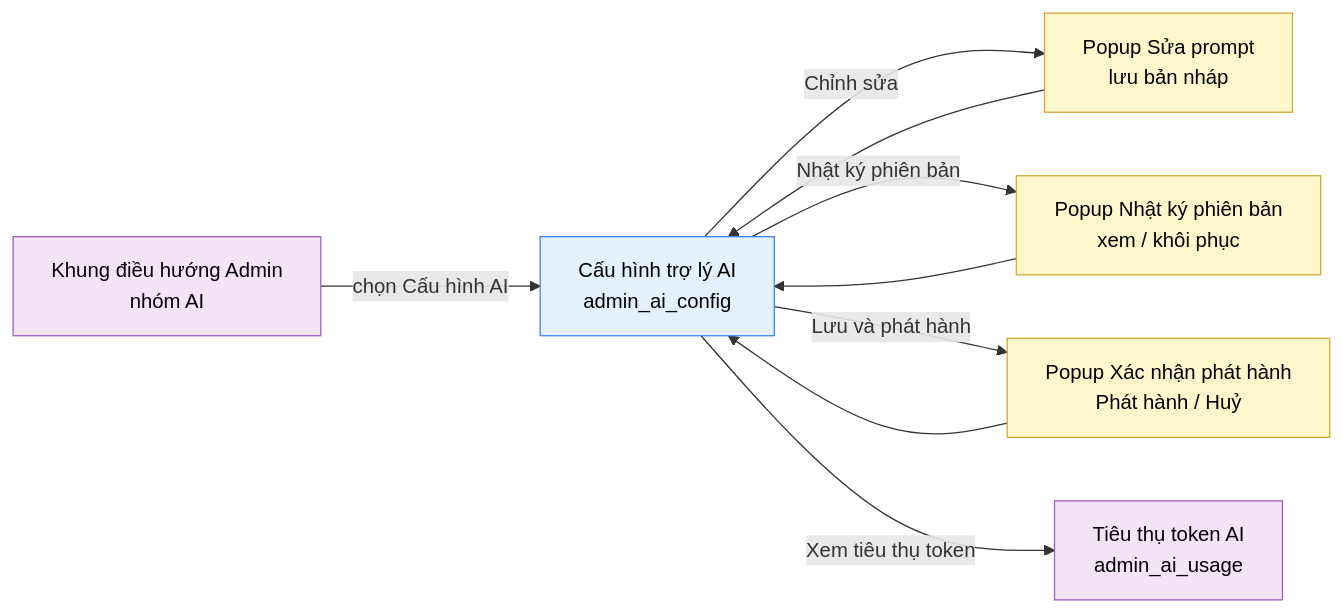
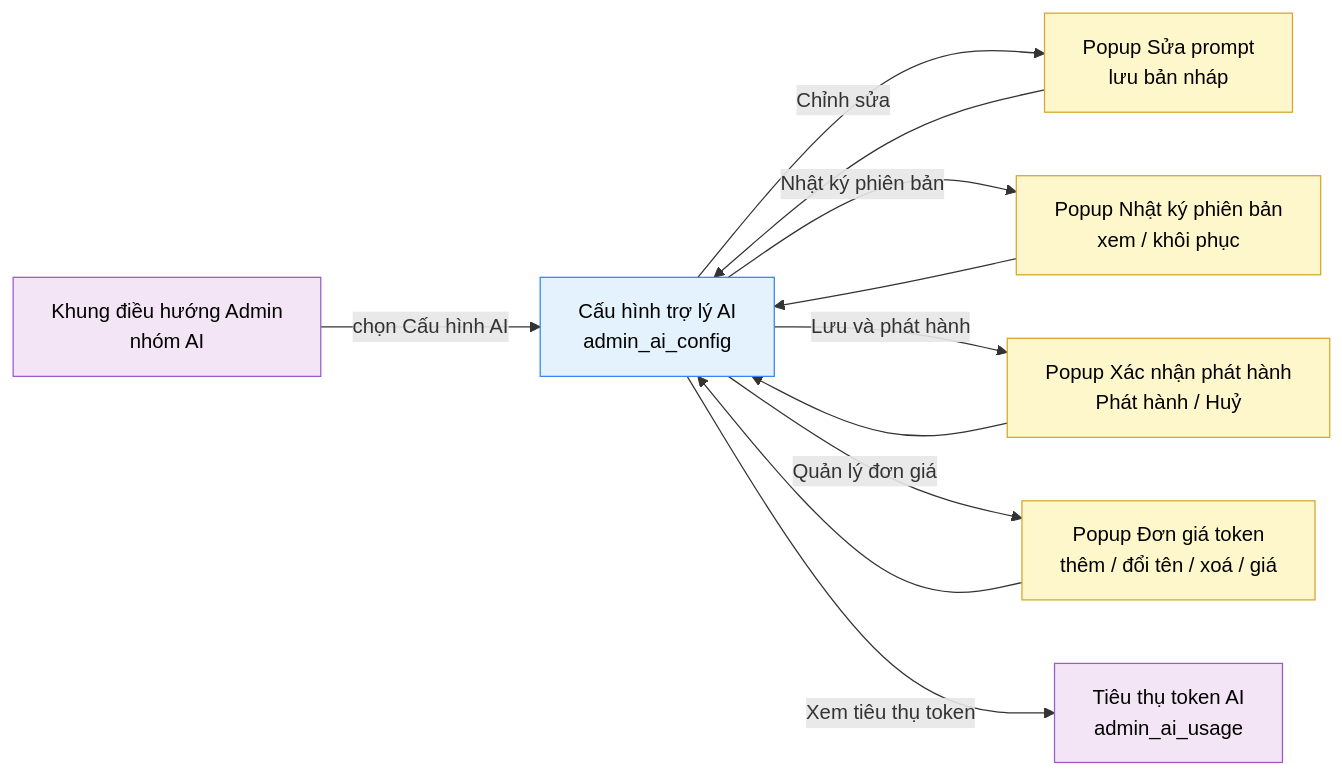
Before and after one commit to daiphu1801/PRJ_ALGOPREP: the diagram in 02-bd/screens/admin/ADM0301_ai_config.md, drawn with Mermaid. The commit also changed other lines of this file and 37 other files, not shown here.

````diff
--- a/02-bd/screens/admin/ADM0301_ai_config.md
+++ b/02-bd/screens/admin/ADM0301_ai_config.md
@@ -148,19 +165,21 @@
 ```mermaid
 flowchart LR
     nav["Khung điều hướng Admin<br/>nhóm AI"] -->|"chọn Cấu hình AI"| main["Cấu hình trợ lý AI<br/>admin_ai_config"]
     main -->|"Chỉnh sửa"| edit["Popup Sửa prompt<br/>lưu bản nháp"]
     main -->|"Nhật ký phiên bản"| history["Popup Nhật ký phiên bản<br/>xem / khôi phục"]
     main -->|"Lưu và phát hành"| confirm["Popup Xác nhận phát hành<br/>Phát hành / Huỷ"]
+    main -->|"Quản lý đơn giá"| prices["Popup Đơn giá token<br/>thêm / đổi tên / xoá / giá"]
     edit --> main
     history --> main
     confirm --> main
+    prices --> main
     main -->|"Xem tiêu thụ token"| usage["Tiêu thụ token AI<br/>admin_ai_usage"]
 
     classDef source fill:#F3E5F5,stroke:#9C5CC4,color:#000
     classDef screen fill:#E3F2FD,stroke:#3B82F6,color:#000
     classDef popup fill:#FFF7CC,stroke:#D4A72C,color:#000
 
     class nav,usage source
     class main screen
-    class edit,history,confirm popup
+    class edit,history,confirm,prices popup
 ```
````
